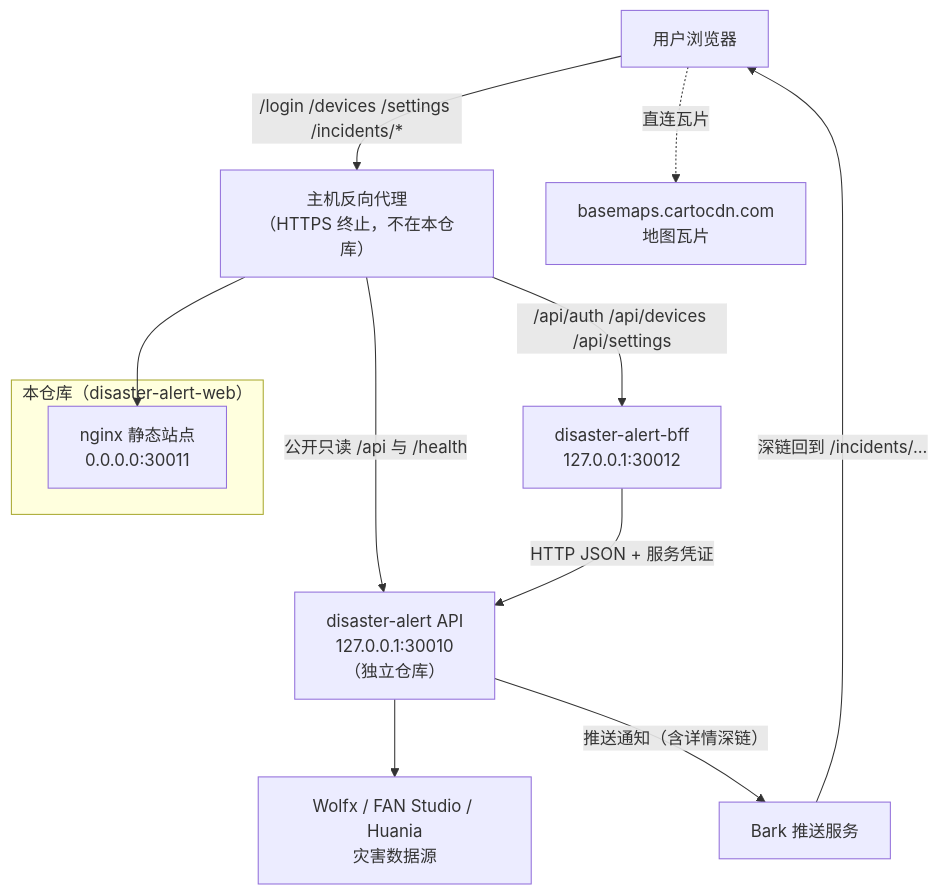
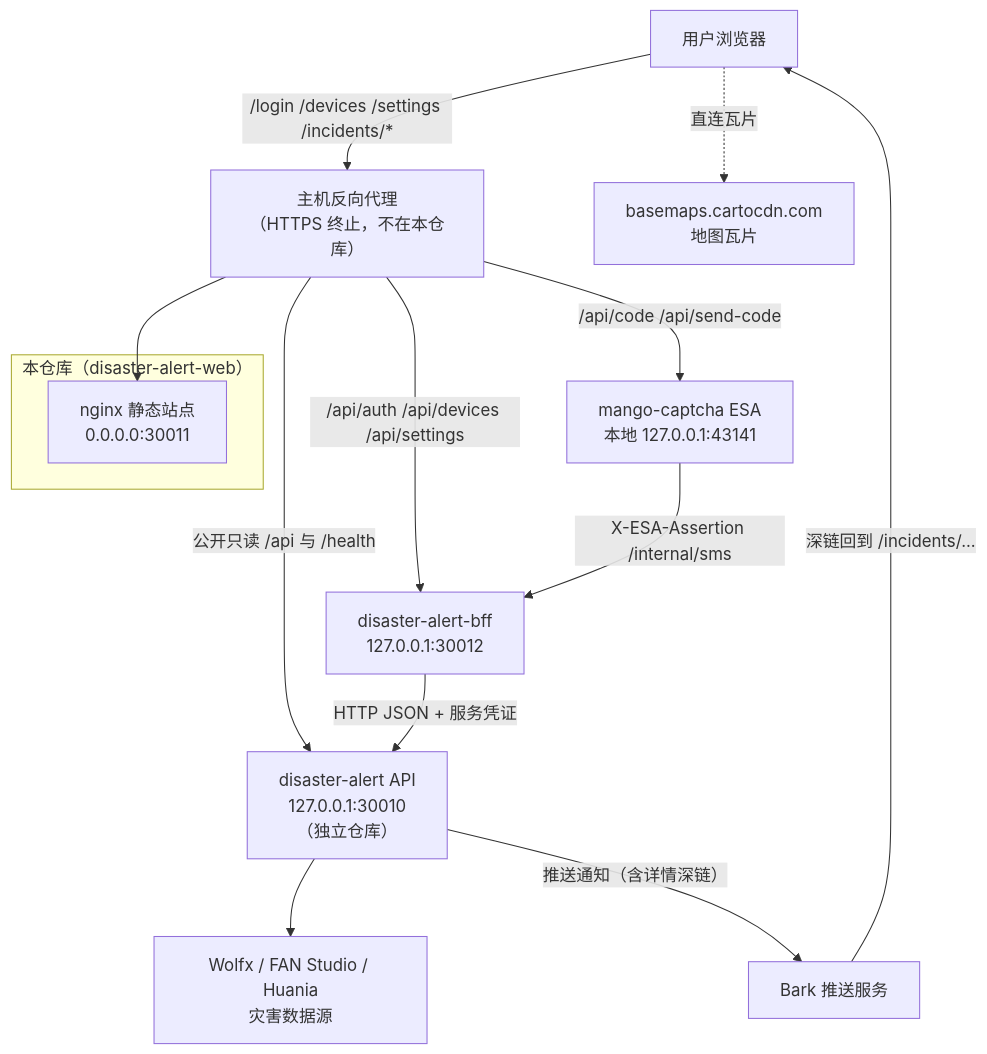
Before and after one commit to luyi2008/disaster-alert-web: the first of 8 diagrams in docs/architecture.md, drawn with Mermaid. The commit also changed other lines of this file and 18 other files, not shown here.

First line of the commit message:
Gate login SMS behind mango-captcha (#35)

````diff
--- a/docs/architecture.md
+++ b/docs/architecture.md
@@ -24,23 +25,26 @@
 ```mermaid
 graph TB
     User["用户浏览器"]
     subgraph ThisRepo["本仓库（disaster-alert-web）"]
         Web["nginx 静态站点<br/>0.0.0.0:30011"]
     end
     Proxy["主机反向代理<br/>（HTTPS 终止，不在本仓库）"]
     BFF["disaster-alert-bff<br/>127.0.0.1:30012"]
+    Captcha["mango-captcha ESA<br/>本地 127.0.0.1:43141"]
     API["disaster-alert API<br/>127.0.0.1:30010<br/>（独立仓库）"]
     Tiles["basemaps.cartocdn.com<br/>地图瓦片"]
     Bark["Bark 推送服务"]
     Sources["Wolfx / FAN Studio / Huania<br/>灾害数据源"]
 
     User -->|"/login /devices /settings /incidents/*"| Proxy
     Proxy --> Web
+    Proxy -->|"/api/code /api/send-code"| Captcha
     Proxy -->|"/api/auth /api/devices /api/settings"| BFF
     Proxy -->|"公开只读 /api 与 /health"| API
+    Captcha -->|"X-ESA-Assertion /internal/sms"| BFF
     BFF -->|"HTTP JSON + 服务凭证"| API
     User -.->|"直连瓦片"| Tiles
     API --> Sources
     API -->|"推送通知（含详情深链）"| Bark
     Bark -->|"深链回到 /incidents/..."| User
 ```
````
